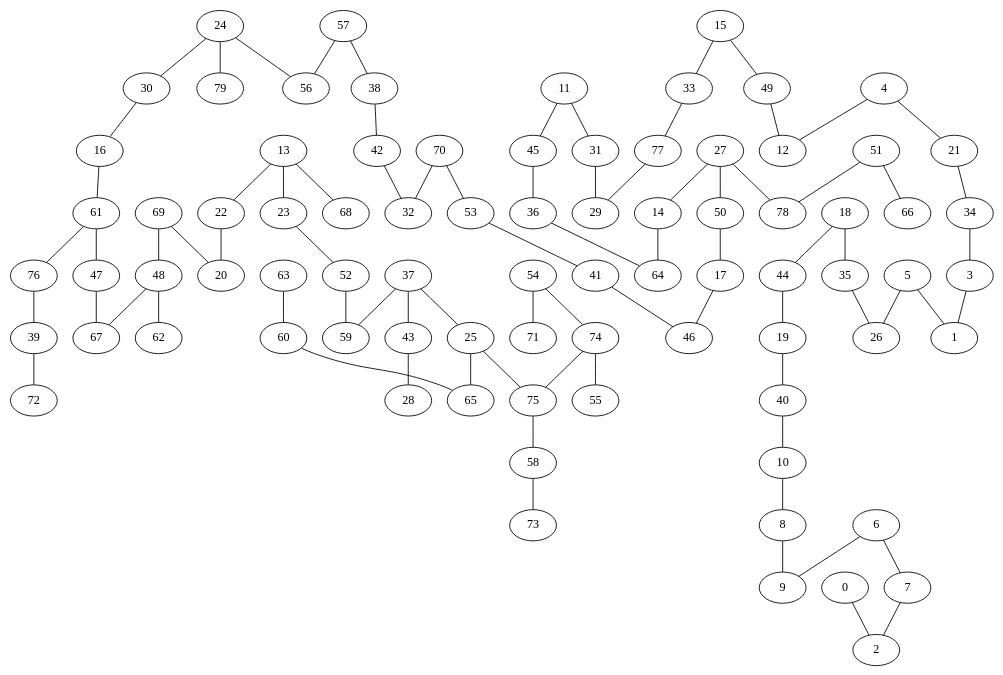
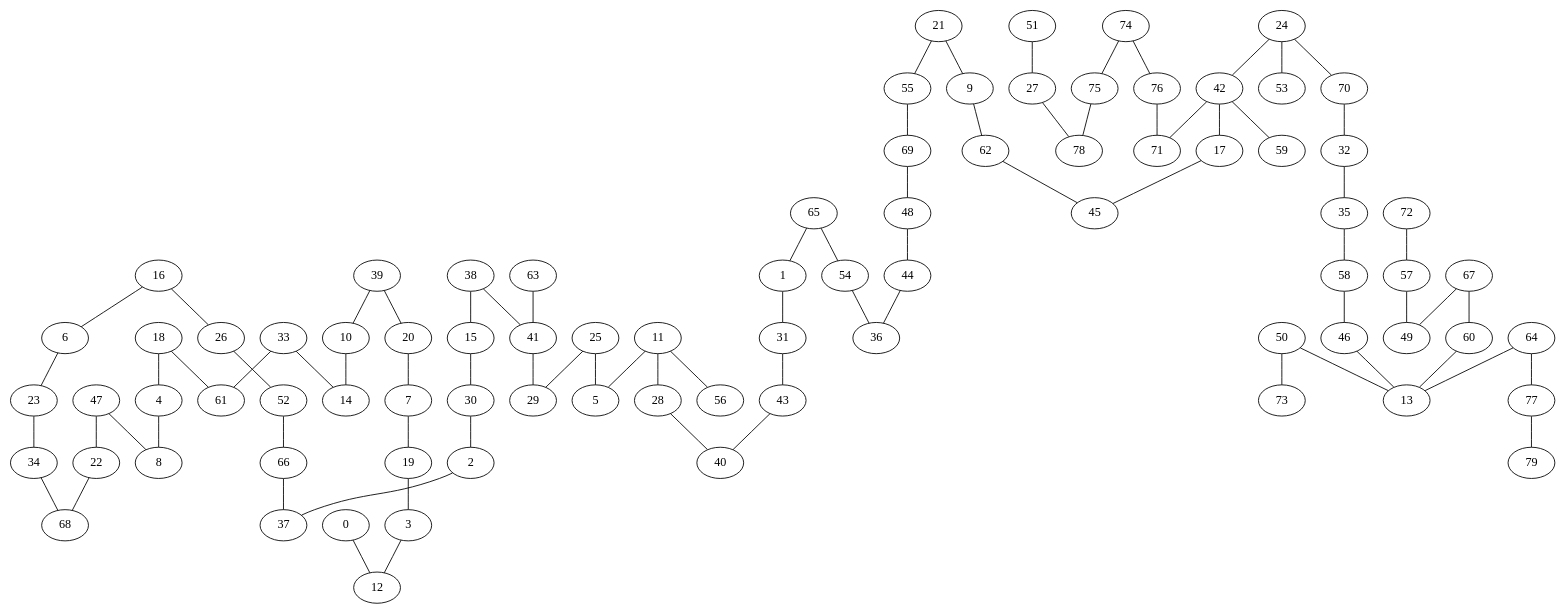
The diagram in Graph.gv (katarinamayer/jellyfish), drawn with Graphviz before and after one commit. The commit also changed 2 other files, not shown here.

```diff
--- a/Graph.gv
+++ b/Graph.gv
@@ -1,81 +1,81 @@
 graph {
-	24 -- 30
-	6 -- 9
+	16 -- 6
 	69 -- 48
-	48 -- 62
-	48 -- 67
-	24 -- 79
-	61 -- 76
-	49 -- 12
-	17 -- 46
-	19 -- 40
-	10 -- 8
-	6 -- 7
-	57 -- 56
-	21 -- 34
-	70 -- 53
-	74 -- 55
-	15 -- 49
-	18 -- 35
-	27 -- 50
-	40 -- 10
-	14 -- 64
-	30 -- 16
-	39 -- 72
-	13 -- 23
+	42 -- 71
+	11 -- 28
+	18 -- 4
+	51 -- 27
+	21 -- 9
+	20 -- 7
+	22 -- 68
+	9 -- 62
+	50 -- 73
+	75 -- 78
+	35 -- 58
+	24 -- 42
+	11 -- 5
+	15 -- 30
+	64 -- 13
+	7 -- 19
+	41 -- 29
+	19 -- 3
+	39 -- 20
+	63 -- 41
+	76 -- 71
+	77 -- 79
+	33 -- 14
+	18 -- 61
+	6 -- 23
+	60 -- 13
+	33 -- 61
+	32 -- 35
+	38 -- 15
+	1 -- 31
+	47 -- 22
+	3 -- 12
 	27 -- 78
-	3 -- 1
-	50 -- 17
-	15 -- 33
-	34 -- 3
-	60 -- 65
-	4 -- 21
-	35 -- 26
-	36 -- 64
-	25 -- 75
-	44 -- 19
-	51 -- 78
-	8 -- 9
-	4 -- 12
-	54 -- 71
-	5 -- 1
-	54 -- 74
-	61 -- 47
-	7 -- 2
-	63 -- 60
-	11 -- 31
-	76 -- 39
-	57 -- 38
-	75 -- 58
-	24 -- 56
-	42 -- 32
-	52 -- 59
-	37 -- 25
-	25 -- 65
-	11 -- 45
-	38 -- 42
+	10 -- 14
+	44 -- 36
+	2 -- 37
+	65 -- 1
+	65 -- 54
+	24 -- 70
+	25 -- 5
+	48 -- 44
+	72 -- 57
+	57 -- 49
+	46 -- 13
+	47 -- 8
+	17 -- 45
+	66 -- 37
+	38 -- 41
+	23 -- 34
+	54 -- 36
+	16 -- 26
+	39 -- 10
+	24 -- 53
+	62 -- 45
+	50 -- 13
+	43 -- 40
+	21 -- 55
+	30 -- 2
 	70 -- 32
-	23 -- 52
-	77 -- 29
-	0 -- 2
-	13 -- 22
 	74 -- 75
-	37 -- 43
-	16 -- 61
-	5 -- 26
-	22 -- 20
-	47 -- 67
-	43 -- 28
-	58 -- 73
-	51 -- 66
-	69 -- 20
-	37 -- 59
-	31 -- 29
-	13 -- 68
-	18 -- 44
-	45 -- 36
-	53 -- 41
-	27 -- 14
-	33 -- 77
-	41 -- 46
+	4 -- 8
+	31 -- 43
+	42 -- 17
+	74 -- 76
+	42 -- 59
+	67 -- 60
+	11 -- 56
+	67 -- 49
+	25 -- 29
+	55 -- 69
+	0 -- 12
+	64 -- 77
+	28 -- 40
+	26 -- 52
+	58 -- 46
+	52 -- 66
+	34 -- 68
 }
```
